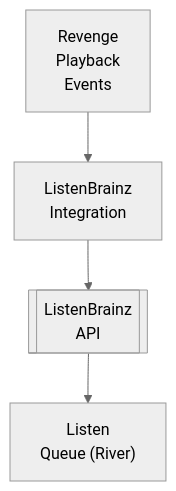
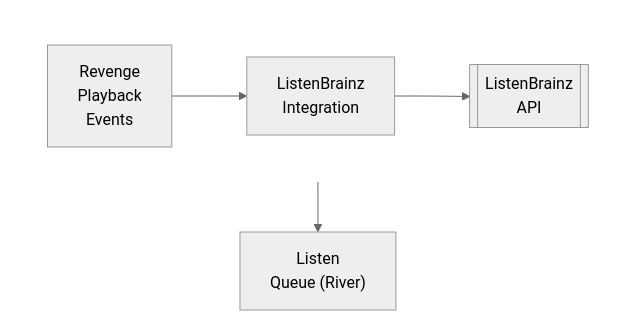
The diagram in docs/dev/design/integrations/scrobbling/LISTENBRAINZ.md (lusoris/revenge), drawn with Mermaid (neutral theme) before and after one commit. The commit also changed 210 other files, not shown here.

First line of the commit message:
feat(docs): Add horizontal layout support for Mermaid diagrams

````diff
--- a/docs/dev/design/integrations/scrobbling/LISTENBRAINZ.md
+++ b/docs/dev/design/integrations/scrobbling/LISTENBRAINZ.md
@@ -58,10 +58,16 @@
 ```mermaid
 flowchart TD
-    node1["Revenge<br/>Playback<br/>Events"]
-    node2["ListenBrainz<br/>Integration"]
-    node3[["ListenBrainz<br/>API"]]
+    subgraph row1[ ]
+        direction LR
+        node1["Revenge<br/>Playback<br/>Events"]
+        node2["ListenBrainz<br/>Integration"]
+        node3[["ListenBrainz<br/>API"]]
+    end
     node4["Listen<br/>Queue (River)"]
     node1 --> node2
     node2 --> node3
     node3 --> node4
+
+    %% Hide row subgraph borders
+    style row1 fill:transparent,stroke:transparent
 ```
````
